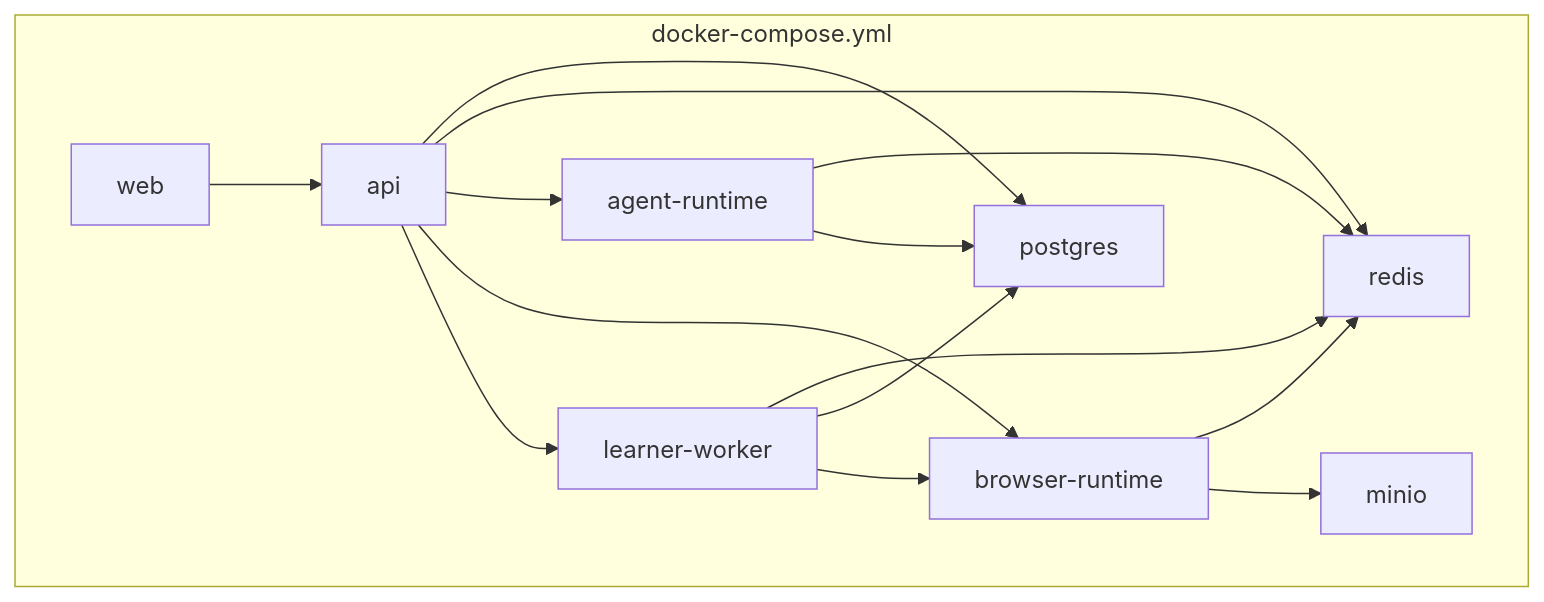
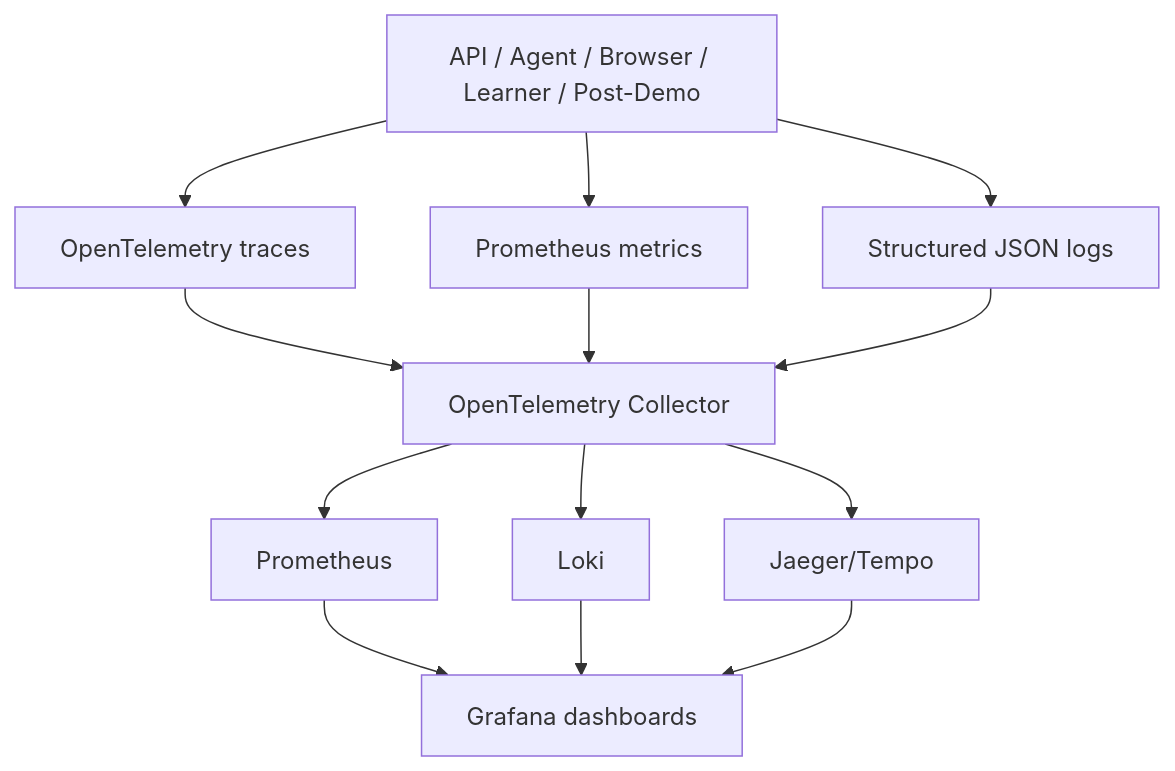
One commit to roshaninfordham/personalised-demo-ai-agent changed the ninth of 9 diagrams in docs/architecture/system-design.md. Above: the diagram before and after it, drawn with Mermaid. The commit also changed other lines of this file and 61 other files, not shown here.

````diff
--- a/docs/architecture/system-design.md
+++ b/docs/architecture/system-design.md
@@ -231,27 +272,25 @@
 ```mermaid
 flowchart TB
-    subgraph Compose["docker-compose.yml"]
-        API["api"]
-        Agent["agent-runtime"]
-        Browser["browser-runtime"]
-        Learner["learner-worker"]
-        Web["web"]
-        Postgres["postgres"]
-        Redis["redis"]
-        MinIO["minio"]
-    end
+    Services["API / Agent / Browser / Learner / Post-Demo"]
+    Traces["OpenTelemetry traces"]
+    Metrics["Prometheus metrics"]
+    Logs["Structured JSON logs"]
+    Collector["OpenTelemetry Collector"]
+    Prometheus["Prometheus"]
+    Loki["Loki"]
+    Jaeger["Jaeger/Tempo"]
+    Grafana["Grafana dashboards"]
 
-    API --> Postgres
-    API --> Redis
-    API --> Agent
-    API --> Browser
-    API --> Learner
-    Browser --> Redis
-    Browser --> MinIO
-    Agent --> Redis
-    Agent --> Postgres
-    Learner --> Redis
-    Learner --> Postgres
-    Learner --> Browser
-    Web --> API
+    Services --> Traces
+    Services --> Metrics
+    Services --> Logs
+    Traces --> Collector
+    Metrics --> Collector
+    Logs --> Collector
+    Collector --> Prometheus
+    Collector --> Loki
+    Collector --> Jaeger
+    Prometheus --> Grafana
+    Loki --> Grafana
+    Jaeger --> Grafana
 ```
````
